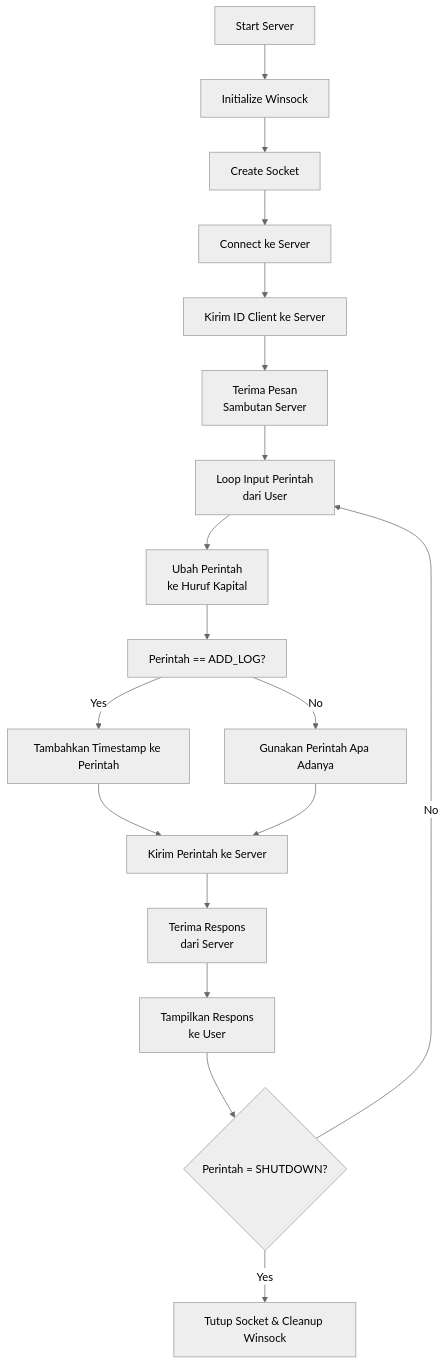
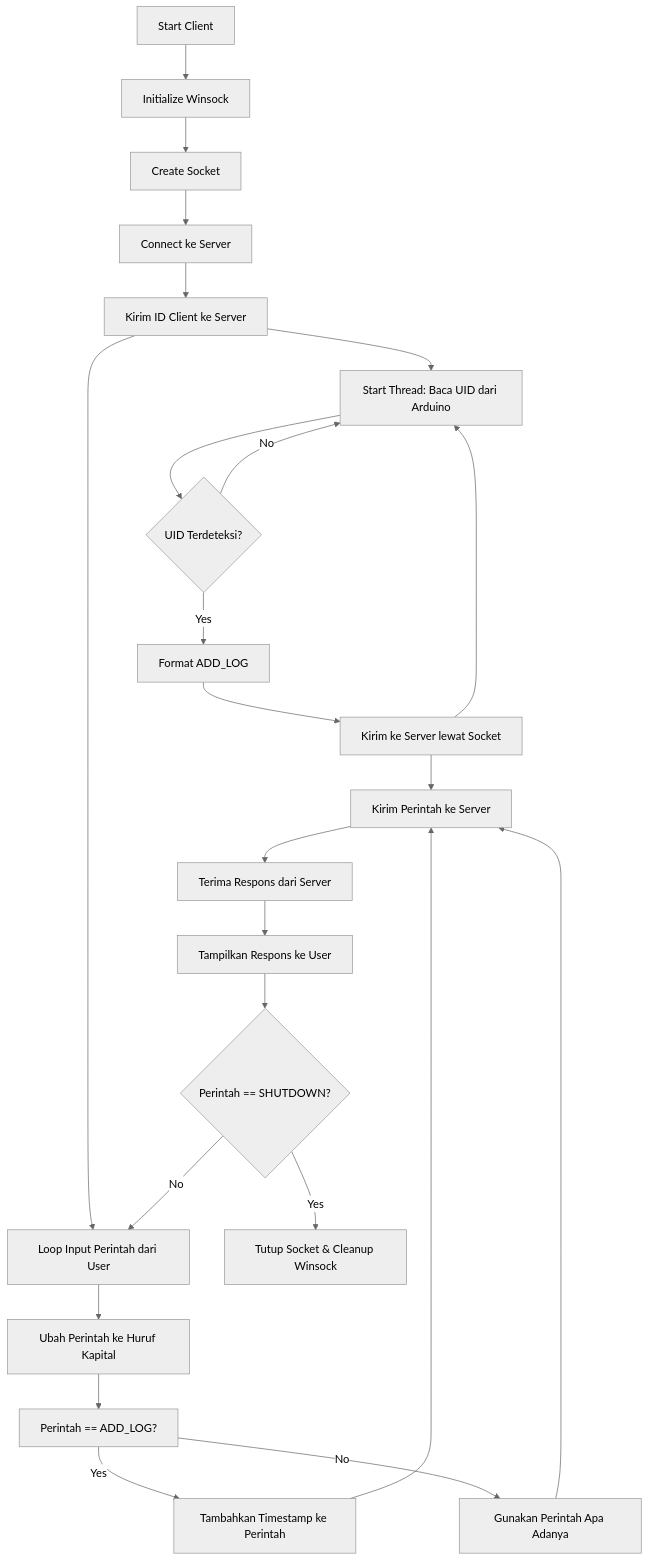
The second of 2 diagrams in README.md (hasanazzam06/FinproAlprog_CS5), drawn with Mermaid (neutral theme) before and after one commit. The commit also changed other lines of this file, not shown here.

````diff
--- a/README.md
+++ b/README.md
@@ -273,26 +279,28 @@
 ```mermaid
 flowchart TD
-    A[Start Server] --> B[Initialize Winsock]
+    A[Start Client] --> B[Initialize Winsock]
     B --> C[Create Socket]
     C --> D[Connect ke Server]
     D --> E[Kirim ID Client ke Server]
-    E --> F[Terima Pesan 
-    Sambutan Server]
-    F --> G[Loop Input Perintah 
-    dari User]
-    G --> H[Ubah Perintah 
-    ke Huruf Kapital]
-    H --> I[Perintah == ADD_LOG? ]
+    E --> F[Start Thread: Baca UID dari Arduino]
+    F --> G1{UID Terdeteksi?}
+    G1 -- Yes --> H1[Format ADD_LOG <uid> <timestamp>]
+    H1 --> I1[Kirim ke Server lewat Socket]
+    G1 -- No --> F
+    I1 --> F
+    I1 --> L
+
+    E --> G[Loop Input Perintah dari User]
+    G --> H[Ubah Perintah ke Huruf Kapital]
+    H --> I[Perintah == ADD_LOG?]
     I -- Yes --> J[Tambahkan Timestamp ke Perintah]
     I -- No --> K[Gunakan Perintah Apa Adanya]
-  
     J --> L[Kirim Perintah ke Server]
     K --> L
-    L --> M[Terima Respons 
-    dari Server]
-    M --> N[Tampilkan Respons 
-    ke User]
-    N --> O{Perintah = SHUTDOWN?}
+    L --> M[Terima Respons dari Server]
+    M --> N[Tampilkan Respons ke User]
+    N --> O{Perintah == SHUTDOWN?}
     O -- Yes --> P[Tutup Socket & Cleanup Winsock]
     O -- No --> G
+
 ```
````
